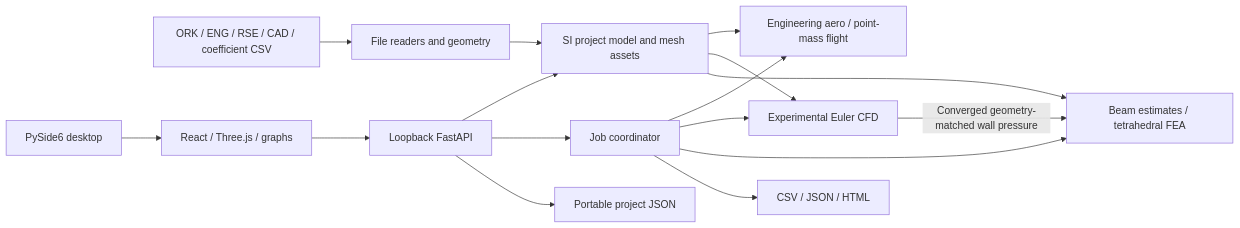
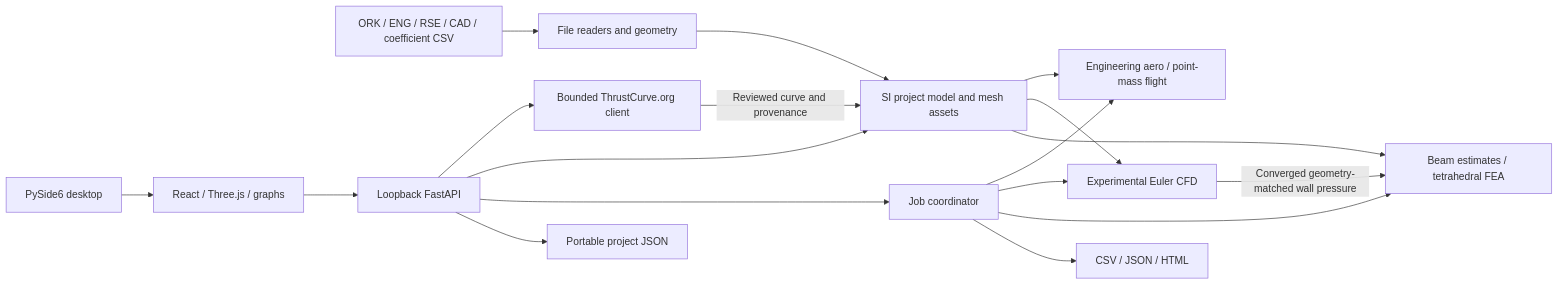
Before and after one commit to ThomasJ1214/stess-areo-chat: the diagram in docs/ARCHITECTURE.md, drawn with Mermaid. The commit also changed other lines of this file and 65 other files, not shown here.

````diff
--- a/docs/ARCHITECTURE.md
+++ b/docs/ARCHITECTURE.md
@@ -12,18 +14,20 @@
 ```mermaid
 flowchart LR
   Files[ORK / ENG / RSE / CAD / coefficient CSV] --> Imports[File readers and geometry]
   Imports --> Project[SI project model and mesh assets]
   Desktop[PySide6 desktop] --> UI[React / Three.js / graphs]
   UI --> API[Loopback FastAPI]
+  API --> MotorCatalog[Bounded ThrustCurve.org client]
+  MotorCatalog -->|Reviewed curve and provenance| Project
   API --> Project
   API --> Jobs[Job coordinator]
   Jobs --> Aero[Engineering aero / point-mass flight]
   Jobs --> CFD[Experimental Euler CFD]
   Jobs --> FEA[Beam estimates / tetrahedral FEA]
   Project --> Aero
   Project --> CFD
   Project --> FEA
   CFD -->|Converged geometry-matched wall pressure| FEA
   Jobs --> Exports[CSV / JSON / HTML]
   API --> Save[Portable project JSON]
 ```
````
